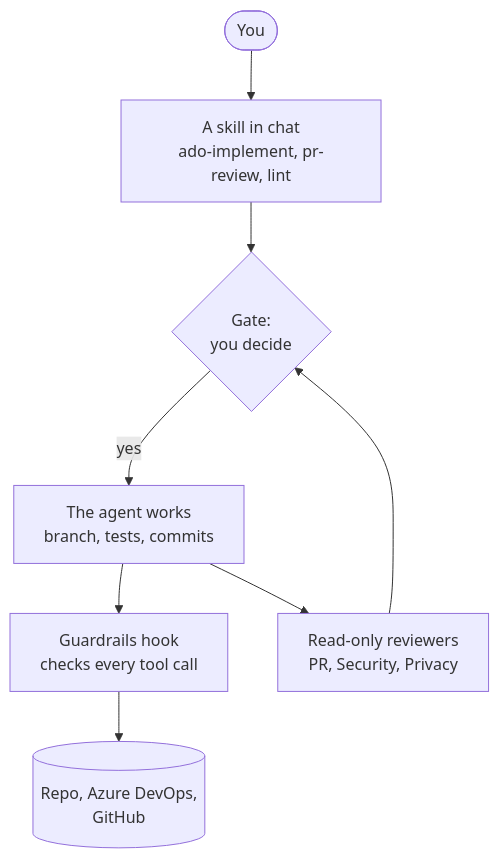
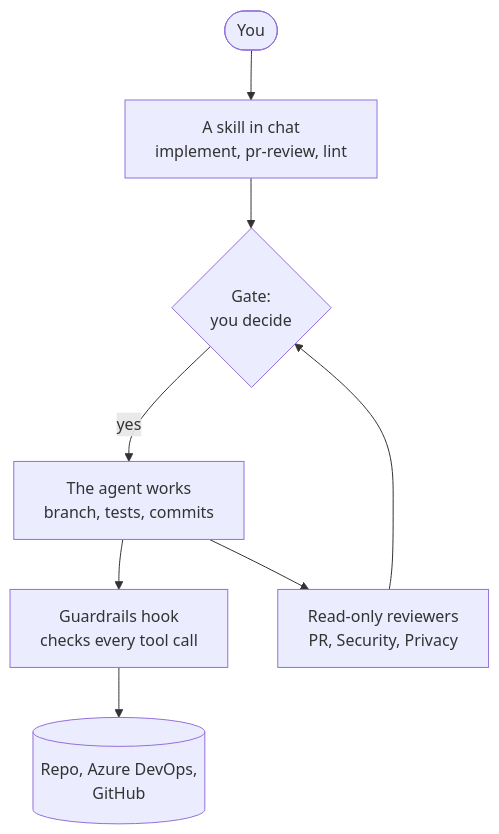
The diagram in docs/index.md (aiagentkit-labs/agentic-dev-kit), drawn with Mermaid before and after one commit. The commit also changed other lines of this file and 22 other files, not shown here.

````diff
--- a/docs/index.md
+++ b/docs/index.md
@@ -7,10 +7,10 @@
 ```mermaid
 flowchart TD
-  You([You]) --> Skill[A skill in chat<br/>ado-implement, pr-review, lint]
+  You([You]) --> Skill[A skill in chat<br/>implement, pr-review, lint]
   Skill --> Gate{Gate:<br/>you decide}
   Gate -->|yes| Agent[The agent works<br/>branch, tests, commits]
   Agent --> Hook[Guardrails hook<br/>checks every tool call]
   Hook --> Shared[(Repo, Azure DevOps,<br/>GitHub)]
   Agent --> Reviewers[Read-only reviewers<br/>PR, Security, Privacy]
   Reviewers --> Gate
 ```
````
